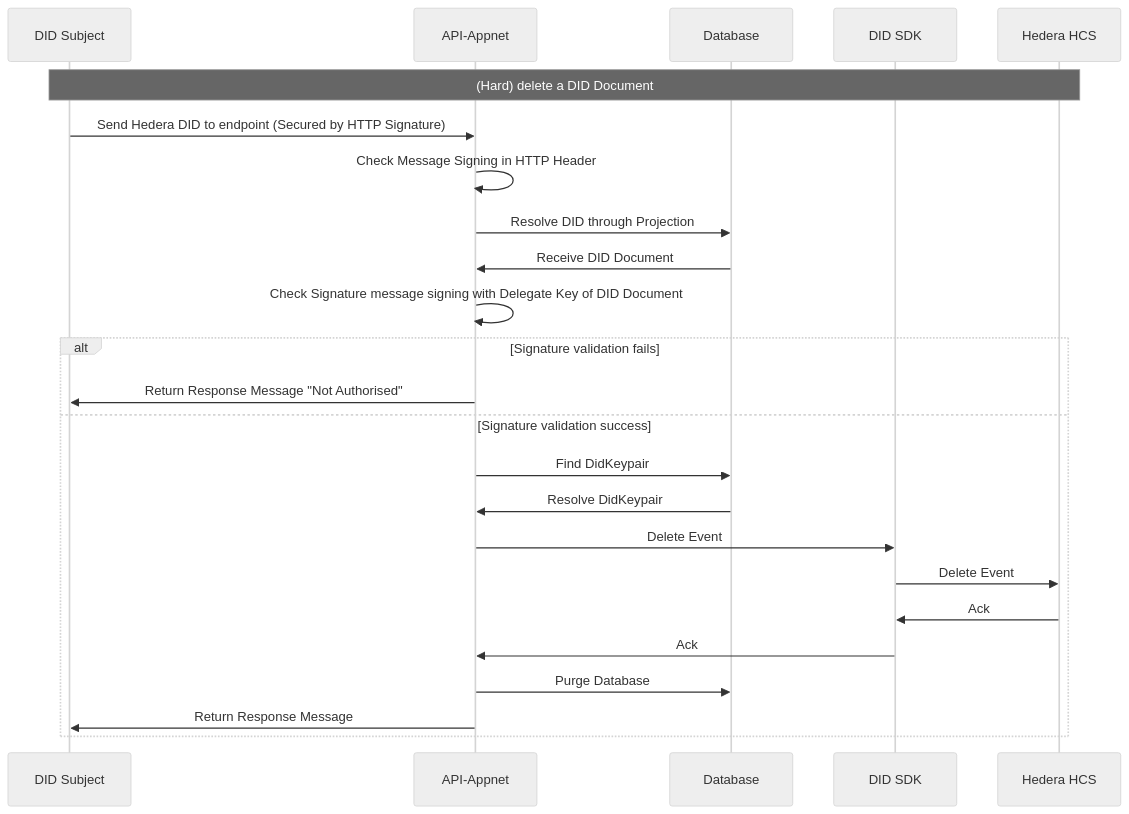
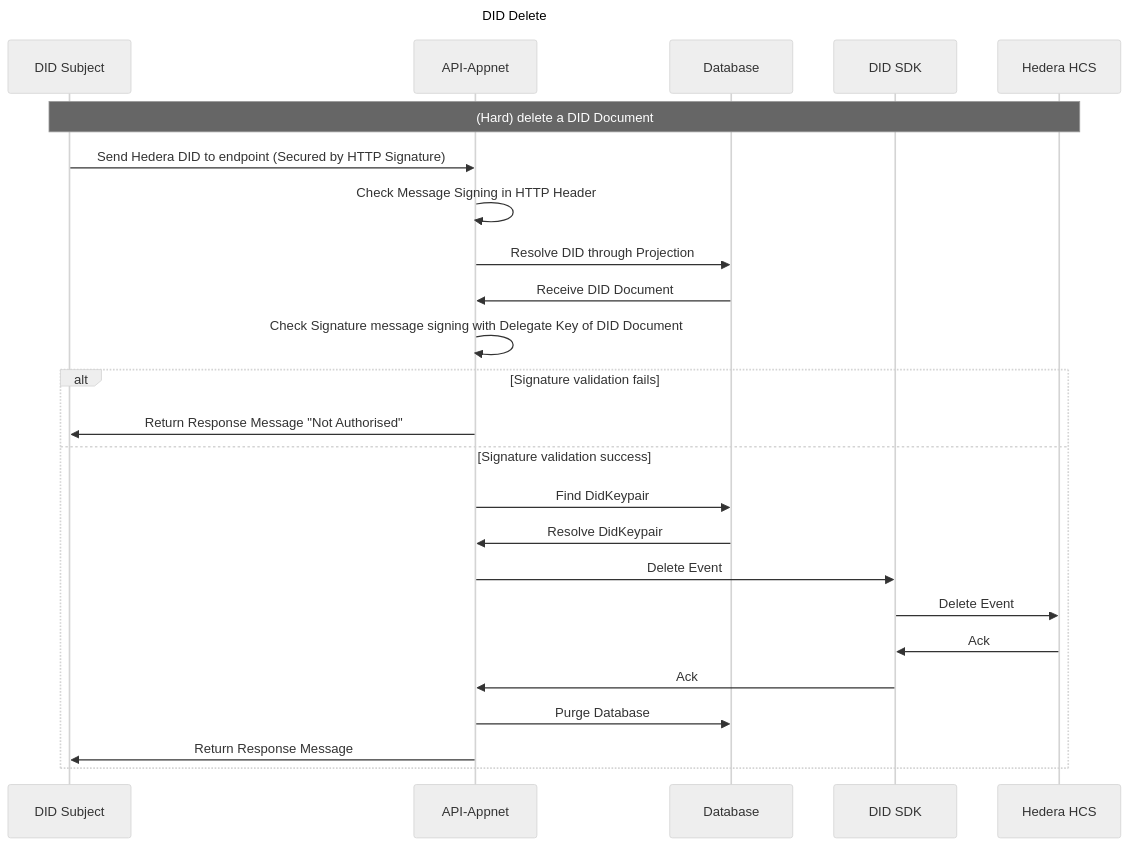
Before and after one commit to Meeco/hedera-did-identity-network: the diagram in documentation/diagrams/did-delete.mmd, drawn with Mermaid (neutral theme). The commit also changed 8 other files, not shown here.

Commit message:
style: Add titles to the diagrams.

```diff
--- a/documentation/diagrams/did-delete.mmd
+++ b/documentation/diagrams/did-delete.mmd
@@ -1,26 +1,27 @@
 sequenceDiagram
+Title: DID Delete
 
 participant Subject as DID Subject
 participant API as API-Appnet
 participant Database as Database
 participant DIDSDK as DID SDK
 participant HCS as Hedera HCS
 
 note over Subject,HCS: (Hard) delete a DID Document
 Subject ->> API: Send Hedera DID to endpoint (Secured by HTTP Signature)
 API ->> API: Check Message Signing in HTTP Header
 API ->> Database: Resolve DID through Projection
 Database ->> API: Receive DID Document
 API ->> API: Check Signature message signing with Delegate Key of DID Document
 alt Signature validation fails
 API ->> Subject: Return Response Message "Not Authorised"
 else Signature validation success
 API ->> Database: Find DidKeypair
 Database ->> API: Resolve DidKeypair
 API ->> DIDSDK: Delete Event
 DIDSDK ->> HCS: Delete Event
 HCS ->> DIDSDK: Ack
 DIDSDK ->> API: Ack
 API ->> Database: Purge Database
 API ->> Subject: Return Response Message
 end
```
